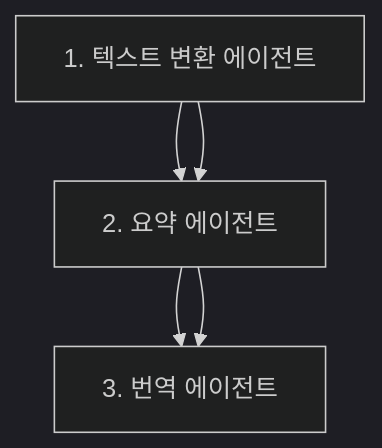
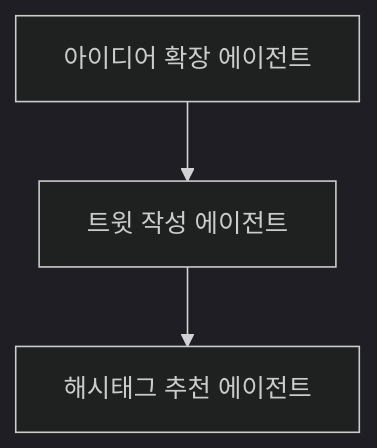
The first of 8 diagrams in book/07-process-workflow.md (wooxist/ai-instructions), drawn with Mermaid (dark theme) before and after one commit. The commit also changed other lines of this file and 3 other files, not shown here.

````diff
--- a/book/07-process-workflow.md
+++ b/book/07-process-workflow.md
@@ -59,7 +58,5 @@
   ```mermaid
   graph TD
       A[아이디어 확장 에이전트] --> B[트윗 작성 에이전트]
       B --> C[해시태그 추천 에이전트]
-      A[1. 텍스트 변환 에이전트] --> B[2. 요약 에이전트]
-      B --> C[3. 번역 에이전트]
   ```
````
